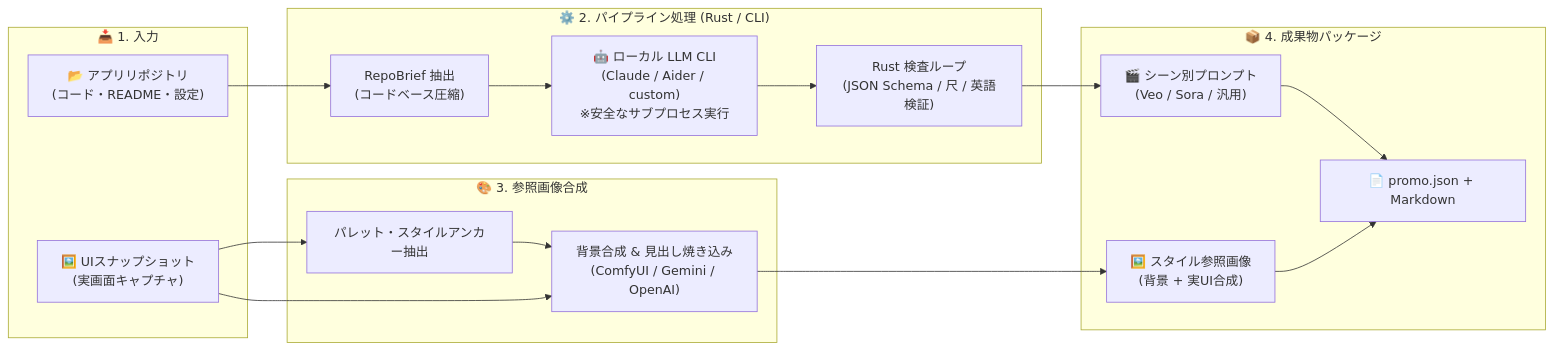
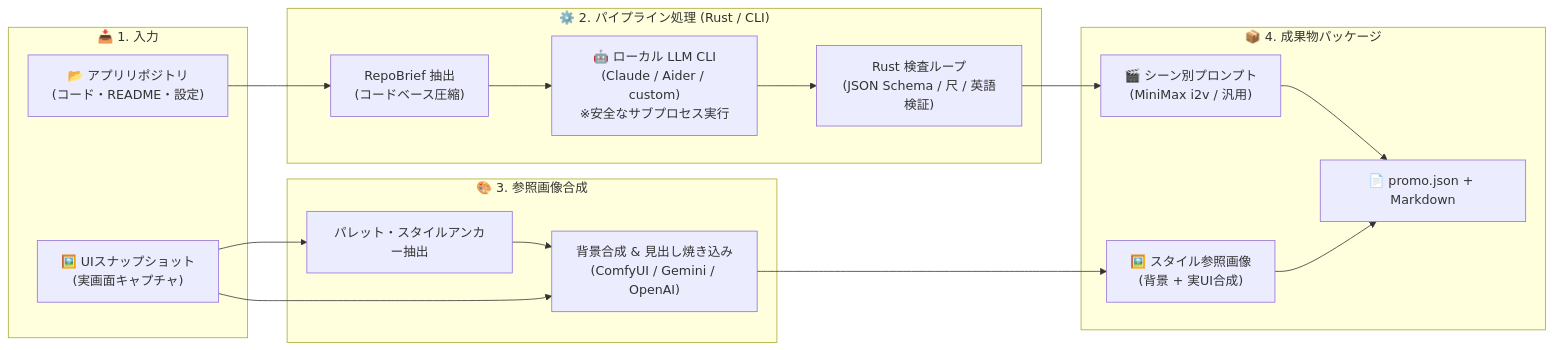
Before and after one commit to betyourluck/AppPromoVideo: the diagram in README_jp.md, drawn with Mermaid. The commit also changed other lines of this file and 4 other files, not shown here.

First line of the commit message:
docs: Qiita 記事の下書き / README 日英の食い違いを直す (Veo・Sora / プロバイダ / 出力構成 / 動作要件)

````diff
--- a/README_jp.md
+++ b/README_jp.md
@@ -53,34 +53,34 @@
 ```mermaid
 flowchart LR
     subgraph Input ["📥 1. 入力"]
         Repo["📂 アプリリポジトリ<br/>(コード・README・設定)"]
         Snap["🖼️ UIスナップショット<br/>(実画面キャプチャ)"]
     end
 
     subgraph Pipeline ["⚙️ 2. パイプライン処理 (Rust / CLI)"]
         Brief["RepoBrief 抽出<br/>(コードベース圧縮)"]
         LLM["🤖 ローカル LLM CLI<br/>(Claude / Aider / custom)<br/>※安全なサブプロセス実行"]
         Inspect["Rust 検査ループ<br/>(JSON Schema / 尺 / 英語検証)"]
         Brief --> LLM --> Inspect
     end
 
     subgraph ImageGen ["🎨 3. 参照画像合成"]
         Palette["パレット・スタイルアンカー抽出"]
         Compose["背景合成 & 見出し焼き込み<br/>(ComfyUI / Gemini / OpenAI)"]
         Palette --> Compose
     end
 
     subgraph Output ["📦 4. 成果物パッケージ"]
-        Scene["🎬 シーン別プロンプト<br/>(Veo / Sora / 汎用)"]
+        Scene["🎬 シーン別プロンプト<br/>(MiniMax i2v / 汎用)"]
         RefImg["🖼️ スタイル参照画像<br/>(背景 + 実UI合成)"]
         Pkg["📄 promo.json + Markdown"]
     end
 
     Repo --> Brief
     Snap --> Palette
     Snap --> Compose
     Inspect --> Scene
     Compose --> RefImg
     Scene --> Pkg
     RefImg --> Pkg
 ```
````
